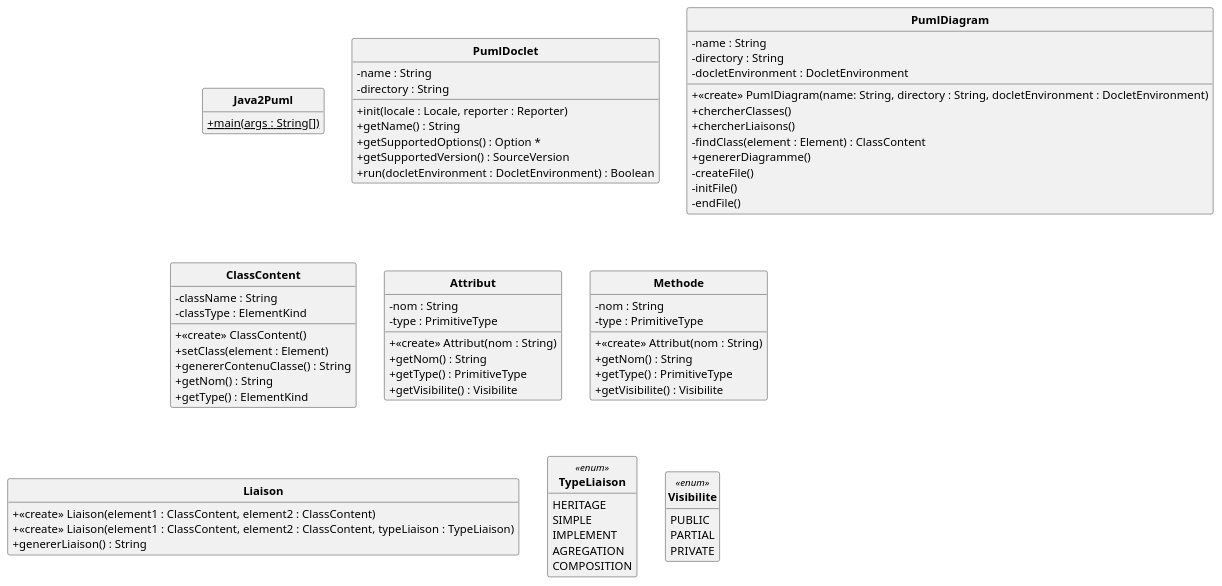
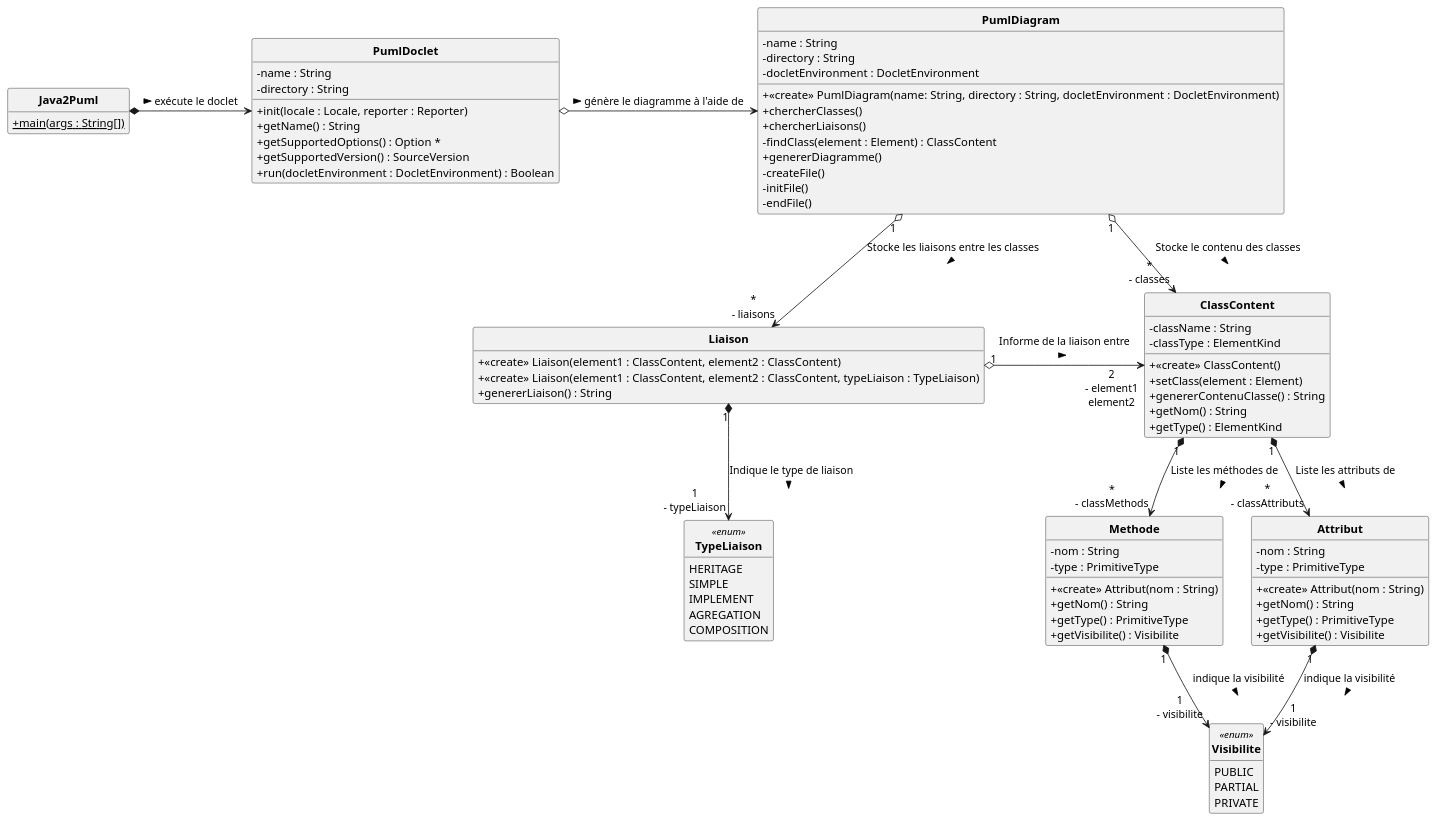
Before and after one commit to DimToups/Java-to-PUML-converter: the diagram in uml/pumlFromJavaDCC.puml, drawn with PlantUML.

Commit message:
[Semaine3] Finalisation du DCC du projet

```diff
--- a/uml/pumlFromJavaDCC.puml
+++ b/uml/pumlFromJavaDCC.puml
@@ -1,78 +1,89 @@
 @startuml
 'https://plantuml.com/class-diagram
 
 skinparam style strictuml
 skinparam classAttributeIconSize 0
 skinparam classFontStyle Bold
 
 hide empty members
 
 class Java2Puml{
     + main(args : String[]) {static}
 }
 class PumlDoclet{
     - name : String
     - directory : String
     + init(locale : Locale, reporter : Reporter)
     + getName() : String
     + getSupportedOptions() : Option *
     + getSupportedVersion() : SourceVersion
     + run(docletEnvironment : DocletEnvironment) : Boolean
 }
 class PumlDiagram{
     - name : String
     - directory : String
     - docletEnvironment : DocletEnvironment
     + <<create>> PumlDiagram(name: String, directory : String, docletEnvironment : DocletEnvironment)
     + chercherClasses()
     + chercherLiaisons()
     - findClass(element : Element) : ClassContent
     + genererDiagramme()
     - createFile()
     - initFile()
     - endFile()
 }
 class ClassContent{
     - className : String
     - classType : ElementKind
     + <<create>> ClassContent()
     + setClass(element : Element)
     + genererContenuClasse() : String
     + getNom() : String
     + getType() : ElementKind
 }
 class Attribut{
     - nom : String
     - type : PrimitiveType
     + <<create>> Attribut(nom : String)
     + getNom() : String
     + getType() : PrimitiveType
     + getVisibilite() : Visibilite
 }
 class Methode{
     - nom : String
     - type : PrimitiveType
     + <<create>> Attribut(nom : String)
     + getNom() : String
     + getType() : PrimitiveType
     + getVisibilite() : Visibilite
 }
 class Liaison{
     + <<create>> Liaison(element1 : ClassContent, element2 : ClassContent)
     + <<create>> Liaison(element1 : ClassContent, element2 : ClassContent, typeLiaison : TypeLiaison)
     + genererLiaison() : String
 }
 enum TypeLiaison <<enum>>{
     HERITAGE
     SIMPLE
     IMPLEMENT
     AGREGATION
     COMPOSITION
 }
 enum Visibilite <<enum>>{
     PUBLIC
     PARTIAL
     PRIVATE
 }
 
+Java2Puml *-> PumlDoclet : > exécute le doclet
+PumlDoclet o-> PumlDiagram : > génère le diagramme à l'aide de
+PumlDiagram "1" o-> "*\n- classes" ClassContent : Stocke le contenu des classes\n >
+PumlDiagram "1" o--> "*\n- liaisons" Liaison : Stocke les liaisons entre les classes\n >
+ClassContent "1" *--> "*\n- classAttributs" Attribut : Liste les attributs de\n >
+ClassContent "1" *--> "*\n- classMethods" Methode : Liste les méthodes de\n >
+Attribut "1" *--> "1\n- visibilite" Visibilite : indique la visibilité\n >
+Methode "1" *--> "1\n- visibilite" Visibilite : indique la visibilité\n >
+Liaison "1" o-> "2\n- element1\nelement2" ClassContent : Informe de la liaison entre\n >
+Liaison "1" *--> "1\n- typeLiaison" TypeLiaison : Indique le type de liaison\n >
+
 @enduml
```
